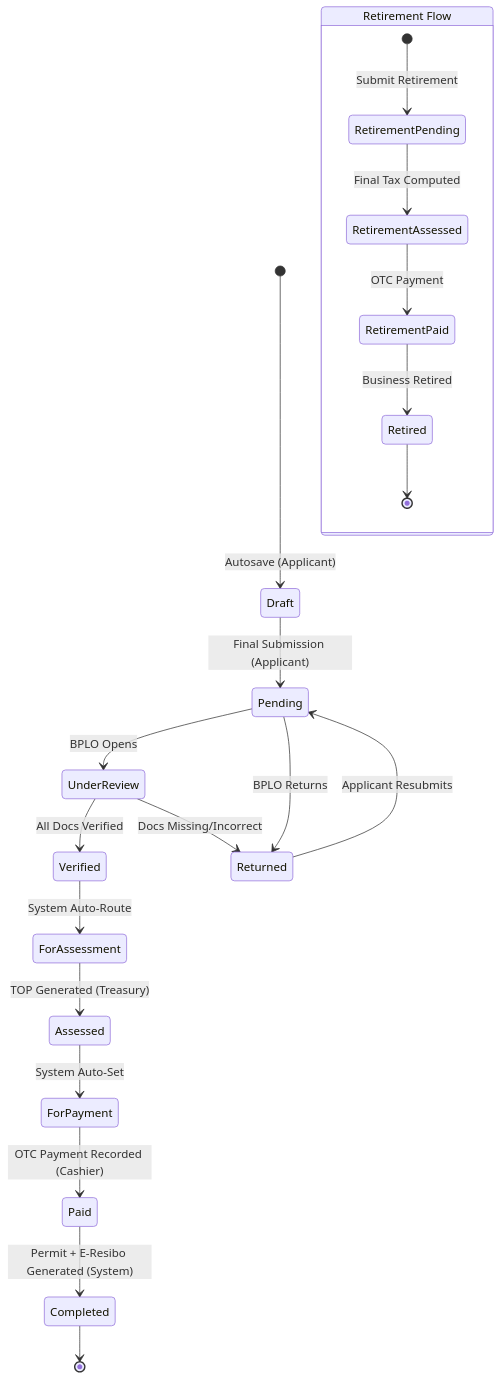
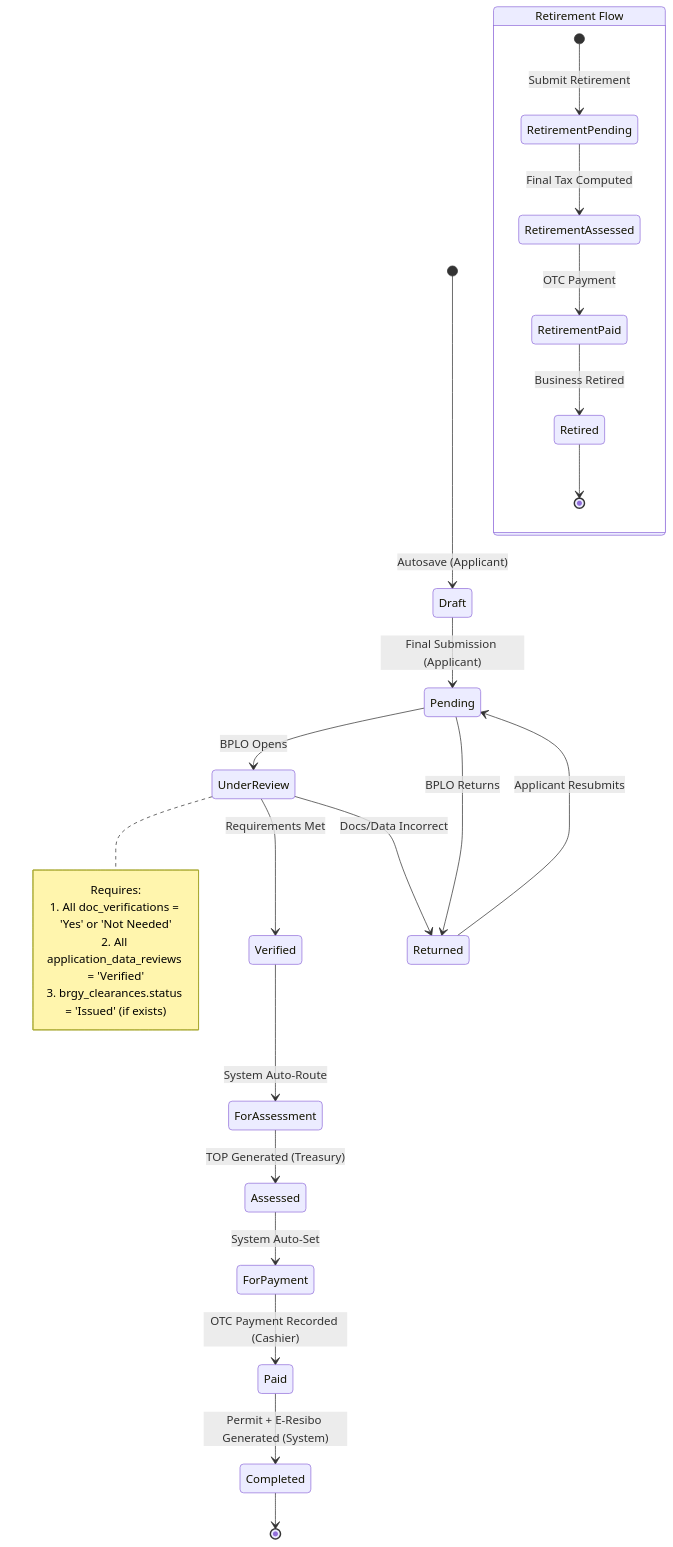
One commit to albuerocedrick/ebpls changed the third of 6 diagrams in system-planning/eBPLS_System_Architecture.md. Above: the diagram before and after it, drawn with Mermaid. The commit also changed other lines of this file and 2 other files, not shown here.

````diff
--- a/system-planning/eBPLS_System_Architecture.md
+++ b/system-planning/eBPLS_System_Architecture.md
@@ -181,34 +182,41 @@
 ```mermaid
 stateDiagram-v2
     [*] --> Draft : Autosave (Applicant)
 
     Draft --> Pending : Final Submission (Applicant)
 
     Pending --> UnderReview : BPLO Opens
     Pending --> Returned : BPLO Returns
 
-    UnderReview --> Verified : All Docs Verified
-    UnderReview --> Returned : Docs Missing/Incorrect
+    note right of UnderReview
+        Requires:
+        1. All doc_verifications = 'Yes' or 'Not Needed'
+        2. All application_data_reviews = 'Verified'
+        3. brgy_clearances.status = 'Issued' (if exists)
+    end note
+
+    UnderReview --> Verified : Requirements Met
+    UnderReview --> Returned : Docs/Data Incorrect
 
     Returned --> Pending : Applicant Resubmits
 
     Verified --> ForAssessment : System Auto-Route
 
     ForAssessment --> Assessed : TOP Generated (Treasury)
 
     Assessed --> ForPayment : System Auto-Set
 
     ForPayment --> Paid : OTC Payment Recorded (Cashier)
 
     Paid --> Completed : Permit + E-Resibo Generated (System)
 
     Completed --> [*]
 
     state "Retirement Flow" as RF {
         [*] --> RetirementPending : Submit Retirement
         RetirementPending --> RetirementAssessed : Final Tax Computed
         RetirementAssessed --> RetirementPaid : OTC Payment
         RetirementPaid --> Retired : Business Retired
         Retired --> [*]
     }
 ```
````
